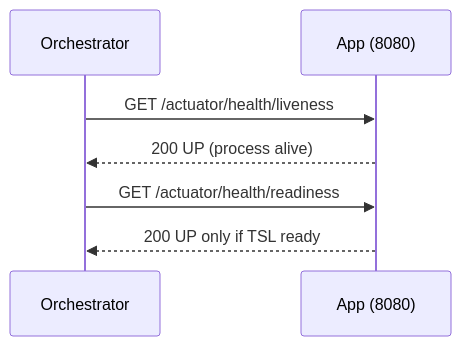
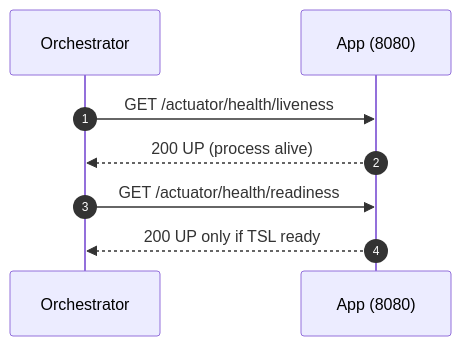
One commit to toresoft/sign-verify changed the second of 3 diagrams in docs/en/02-docker.md. Above: the diagram before and after it, drawn with Mermaid. The commit also changed other lines of this file and 23 other files, not shown here.

First line of the commit message:
docs: expand EN/IT guides with glossary and component-map diagram

````diff
--- a/docs/en/02-docker.md
+++ b/docs/en/02-docker.md
@@ -114,9 +119,10 @@
 ```mermaid
 sequenceDiagram
+    autonumber
     participant O as Orchestrator
     participant A as App (8080)
     O->>A: GET /actuator/health/liveness
     A-->>O: 200 UP (process alive)
     O->>A: GET /actuator/health/readiness
     A-->>O: 200 UP only if TSL ready
 ```
````
